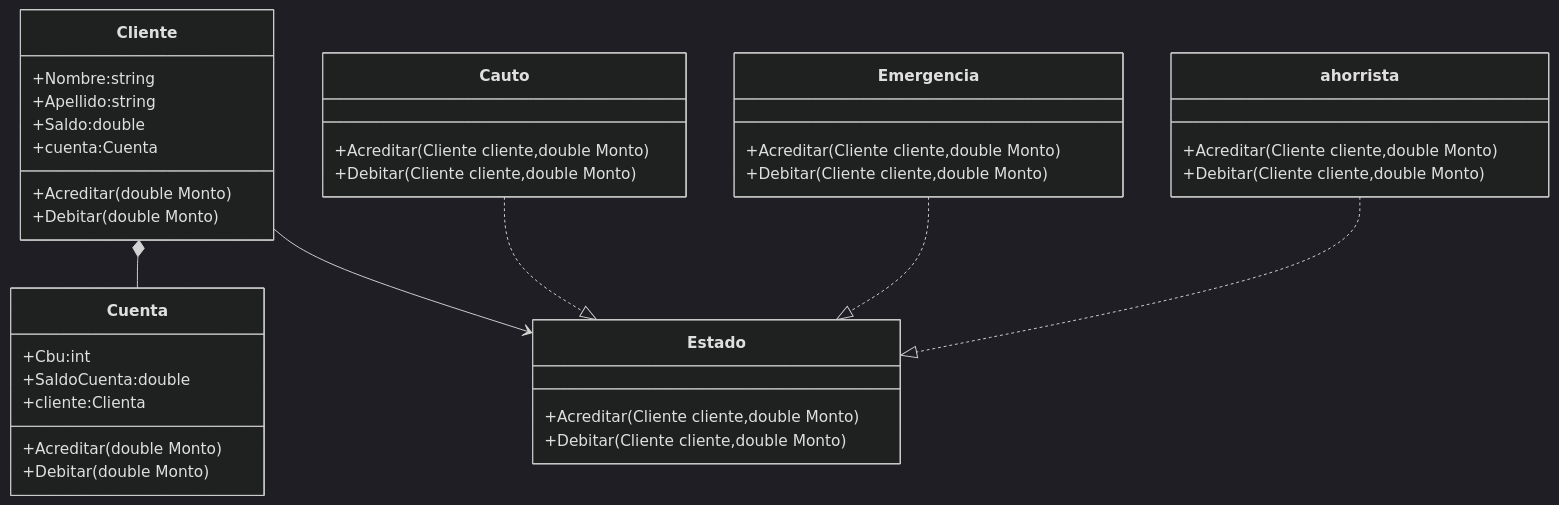
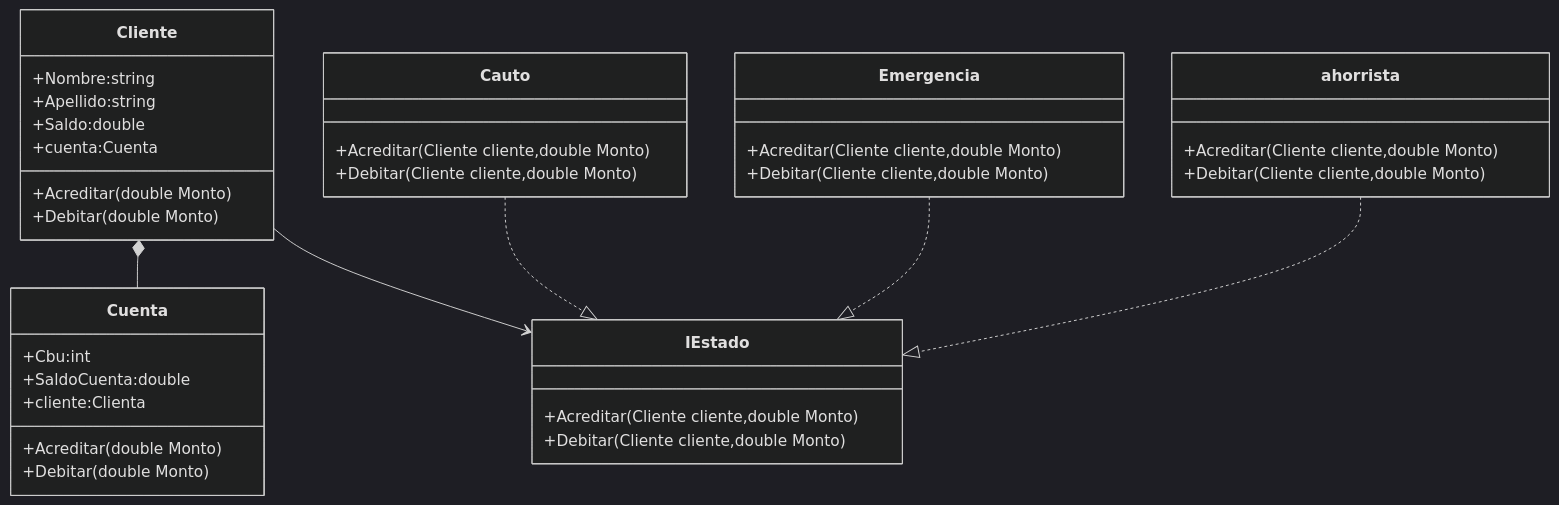
The diagram in README.md (JRyoy/Banco), drawn with Mermaid (dark theme) before and after one commit.

Commit message:
ñ

````diff
--- a/README.md
+++ b/README.md
@@ -2,50 +2,50 @@
 ```mermaid
 classDiagram
 
 class Cuenta{
     +Cbu:int
     +SaldoCuenta:double 
     +cliente:Clienta
     +Acreditar(double Monto)
     +Debitar(double Monto)
 }
 Cliente *-- Cuenta
 class Cliente{
 
     +Nombre:string
     +Apellido:string
     +Saldo:double
     +cuenta:Cuenta
     +Acreditar(double Monto)
     +Debitar(double Monto)
 
 }
-Cliente --> Estado
+Cliente --> IEstado
 
-class  Estado{
+class  IEstado{
     <Interface>
 
     +Acreditar(Cliente cliente,double Monto)
     +Debitar(Cliente cliente,double Monto)
 }
-Cauto..|>Estado
-Emergencia..|>Estado
-ahorrista..|>Estado
+Cauto..|>IEstado
+Emergencia..|>IEstado
+ahorrista..|>IEstado
 class Cauto{
     +Acreditar(Cliente cliente,double Monto)
     +Debitar(Cliente cliente,double Monto)
 
 }
 class Emergencia{
     +Acreditar(Cliente cliente,double Monto)
     +Debitar(Cliente cliente,double Monto)
 }
 class ahorrista{
     +Acreditar(Cliente cliente,double Monto)
     +Debitar(Cliente cliente,double Monto)
 
 }
 
 
 
 ```
````
